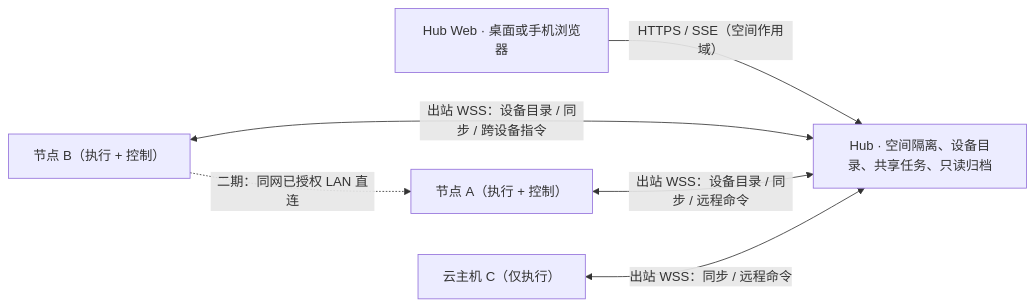
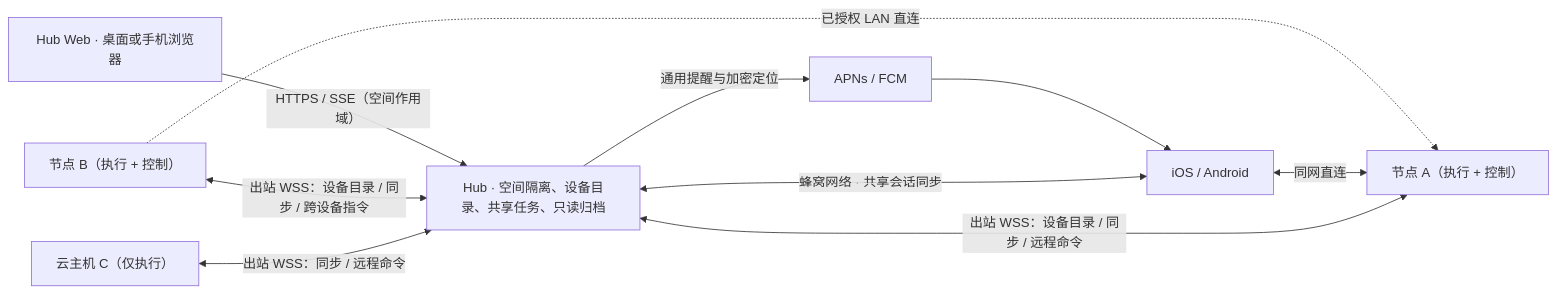
The diagram in docs/remote-devices.md (alfredxw/lever), drawn with Mermaid before and after one commit. The commit also changed other lines of this file and 99 other files, not shown here.

````diff
--- a/docs/remote-devices.md
+++ b/docs/remote-devices.md
@@ -30,8 +30,11 @@
 ```mermaid
 flowchart LR
     Web["Hub Web · 桌面或手机浏览器"] -->|"HTTPS / SSE（空间作用域）"| Hub["Hub · 空间隔离、设备目录、共享任务、只读归档"]
     NodeB["节点 B（执行 + 控制）"] <-->|"出站 WSS：设备目录 / 同步 / 跨设备指令"| Hub
     NodeA["节点 A（执行 + 控制）"] <-->|"出站 WSS：设备目录 / 同步 / 远程命令"| Hub
     Cloud["云主机 C（仅执行）"] <-->|"出站 WSS：同步 / 远程命令"| Hub
-    NodeB -.->|"二期：同网已授权 LAN 直连"| NodeA
+    NodeB -.->|"已授权 LAN 直连"| NodeA
+    Phone["iOS / Android"] <-->|"同网直连"| NodeA
+    Phone <-->|"蜂窝网络 · 共享会话同步"| Hub
+    Hub -->|"通用提醒与加密定位"| Push["APNs / FCM"] --> Phone
 ```
````
